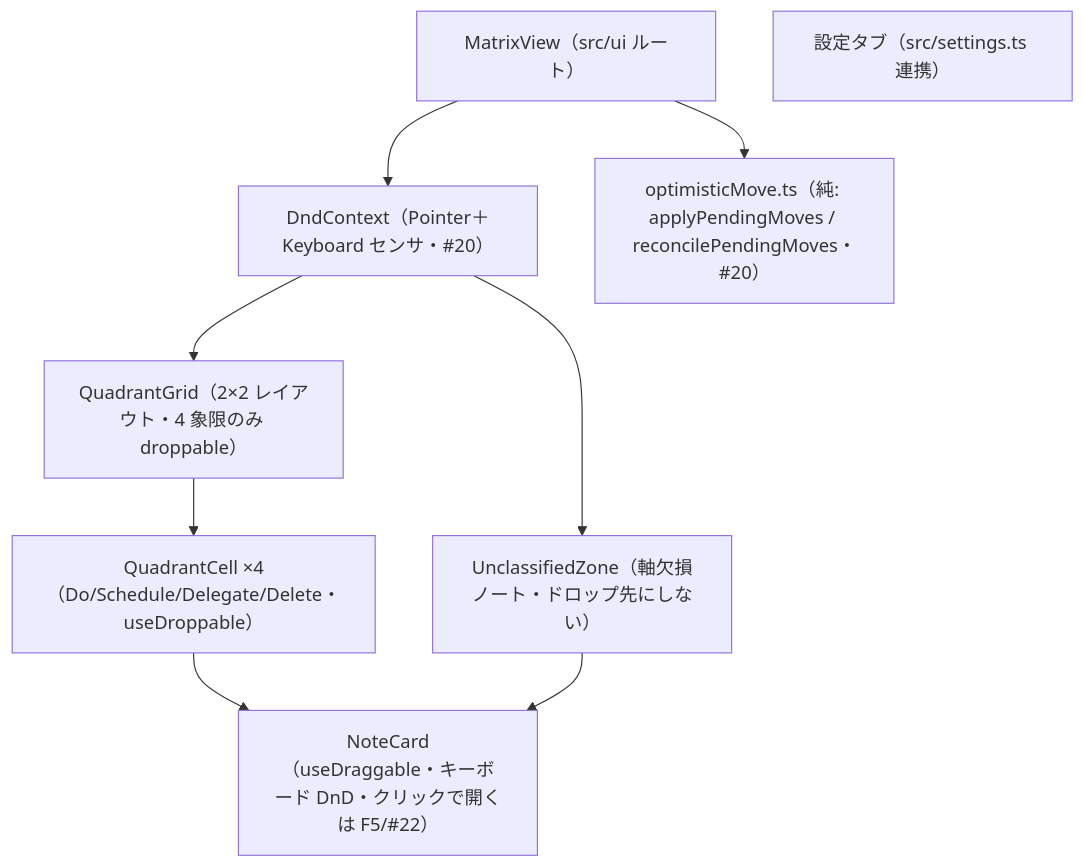
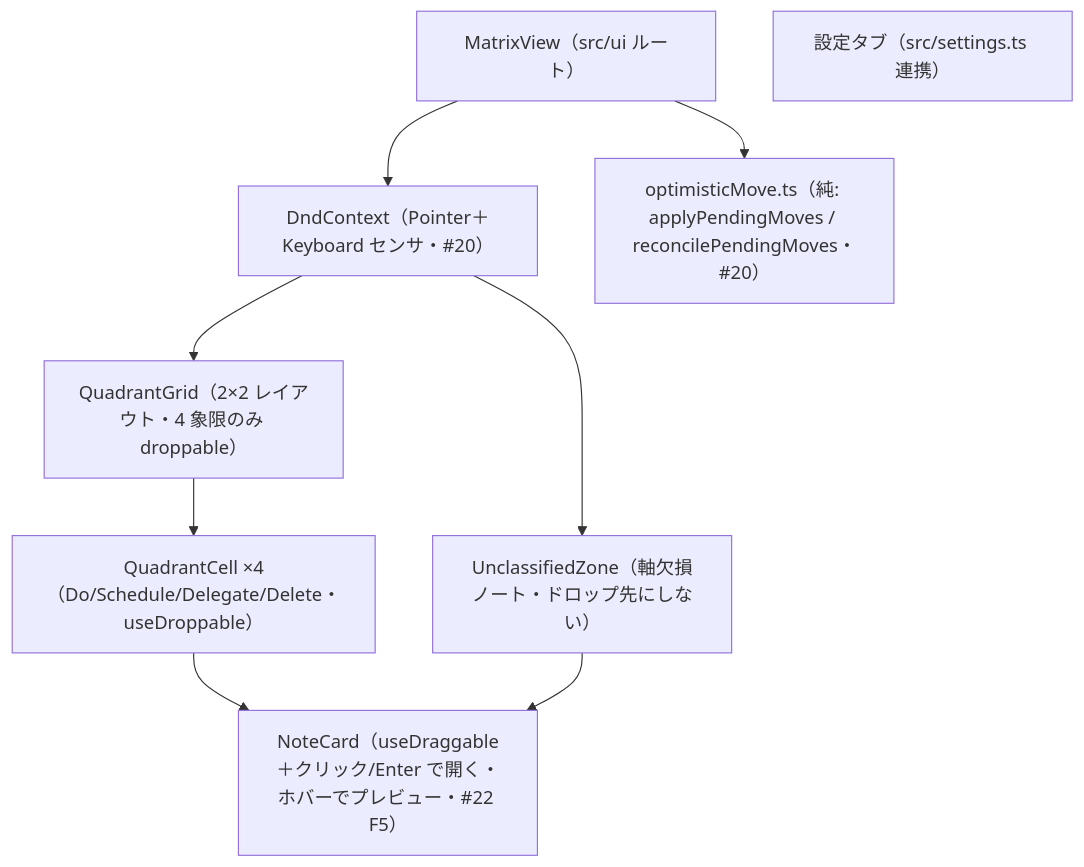
Before and after one commit to nakaba-lab/eisenhower-bases-view: the first of 5 diagrams in docs/design/ui.md, drawn with Mermaid. The commit also changed other lines of this file and 20 other files, not shown here.

````diff
--- a/docs/design/ui.md
+++ b/docs/design/ui.md
@@ -24,11 +26,11 @@
 ```mermaid
 flowchart TD
     View["MatrixView（src/ui ルート）"] --> Ctx["DndContext（Pointer＋Keyboard センサ・#20）"]
     Ctx --> Grid["QuadrantGrid（2×2 レイアウト・4 象限のみ droppable）"]
     Ctx --> Unc["UnclassifiedZone（軸欠損ノート・ドロップ先にしない）"]
     Grid --> Cell["QuadrantCell ×4（Do/Schedule/Delegate/Delete・useDroppable）"]
-    Cell --> Card["NoteCard（useDraggable・キーボード DnD・クリックで開くは F5/#22）"]
+    Cell --> Card["NoteCard（useDraggable＋クリック/Enter で開く・ホバーでプレビュー・#22 F5）"]
     Unc --> Card
     View --> Move["optimisticMove.ts（純: applyPendingMoves / reconcilePendingMoves・#20）"]
     SettingsTab["設定タブ（src/settings.ts 連携）"]
 ```
````
